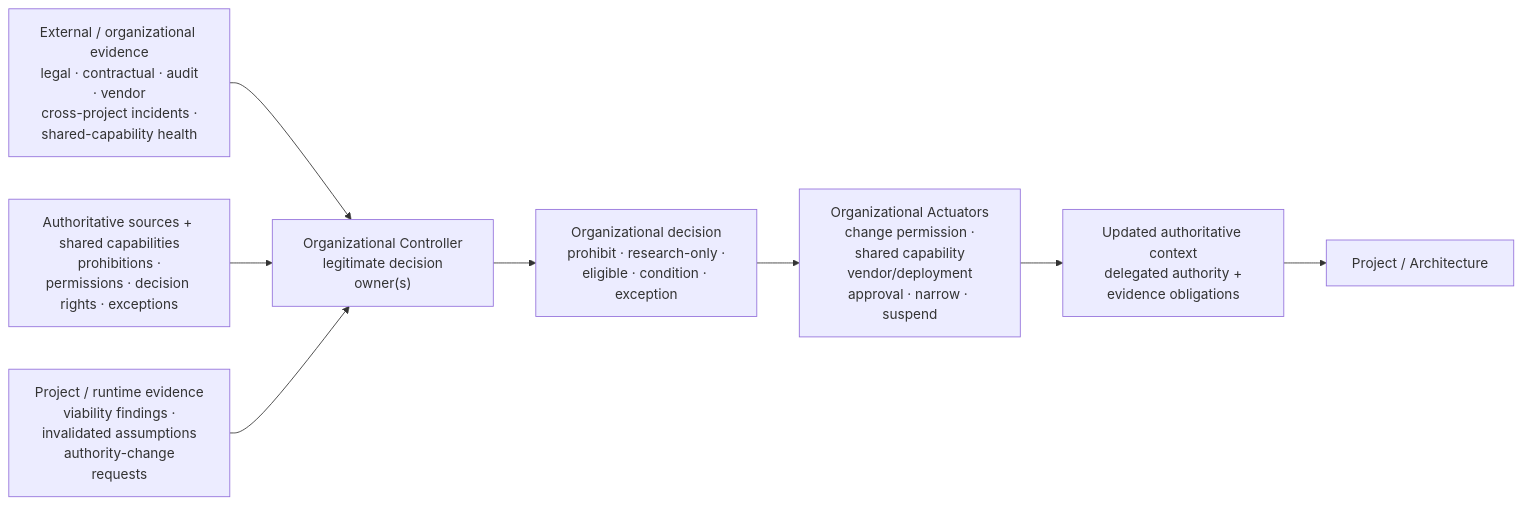
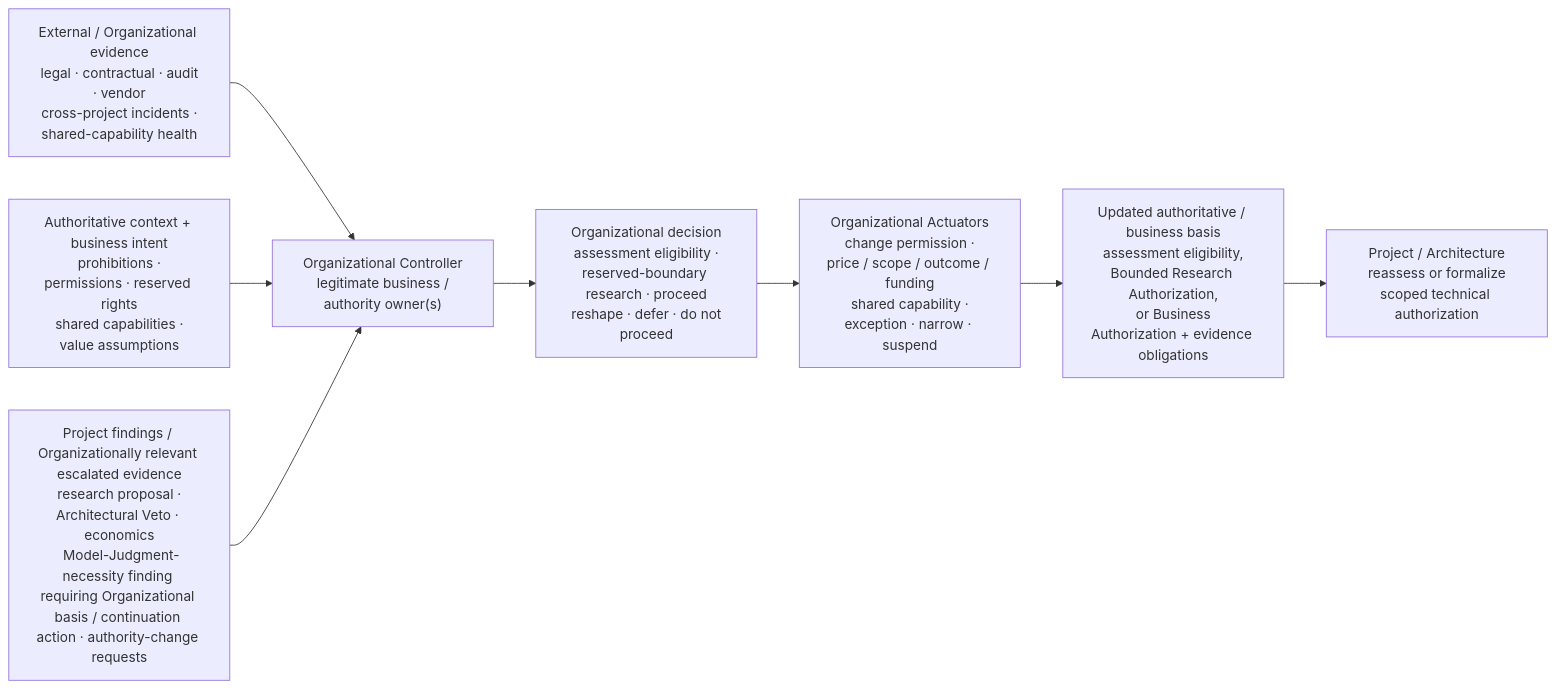
Before and after one commit to UncertaintyArchitectureGroup/uncertainty-architecture: the tenth of 15 diagrams in content/research/notes/open-engineering-specification-article-draft.md, drawn with Mermaid. The commit also changed other lines of this file and 6 other files, not shown here.

````diff
--- a/content/research/notes/open-engineering-specification-article-draft.md
+++ b/content/research/notes/open-engineering-specification-article-draft.md
@@ -612,16 +634,16 @@
 ```mermaid
 flowchart LR
-    EXT["External / organizational evidence<br/> legal · contractual · audit · vendor<br/> cross-project incidents · shared-capability health"]
-    AUTH["Authoritative sources + shared capabilities<br/> prohibitions · permissions · decision rights · exceptions"]
-    LOW["Project / runtime evidence<br/> viability findings · invalidated assumptions<br/> authority-change requests"]
-    C["Organizational Controller<br/> legitimate decision owner(s)"]
-    D["Organizational decision<br/> prohibit · research-only · eligible · condition · exception"]
-    A["Organizational Actuators<br/> change permission · shared capability<br/> vendor/deployment approval · narrow · suspend"]
-    OUT["Updated authoritative context<br/> delegated authority + evidence obligations"]
-    P["Project / Architecture"]
+    EXT["External / Organizational evidence<br/> legal · contractual · audit · vendor<br/> cross-project incidents · shared-capability health"]
+    AUTH["Authoritative context + business intent<br/> prohibitions · permissions · reserved rights<br/> shared capabilities · value assumptions"]
+    LOW["Project findings / Organizationally relevant escalated evidence<br/> research proposal · Architectural Veto · economics<br/> Model-Judgment-necessity finding requiring Organizational basis / continuation action · authority-change requests"]
+    C["Organizational Controller<br/> legitimate business / authority owner(s)"]
+    D["Organizational decision<br/> assessment eligibility · reserved-boundary research · proceed<br/> reshape · defer · do not proceed"]
+    A["Organizational Actuators<br/> change permission · price / scope / outcome / funding<br/> shared capability · exception · narrow · suspend"]
+    OUT["Updated authoritative / business basis<br/> assessment eligibility, Bounded Research Authorization,<br/> or Business Authorization + evidence obligations"]
+    P["Project / Architecture<br/> reassess or formalize scoped technical authorization"]
 
     EXT --> C
     AUTH --> C
     LOW --> C
     C --> D --> A --> OUT --> P
 ```
````
